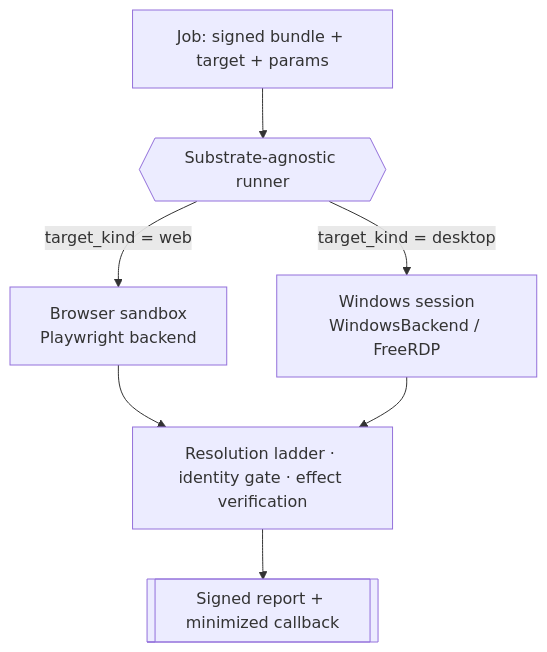
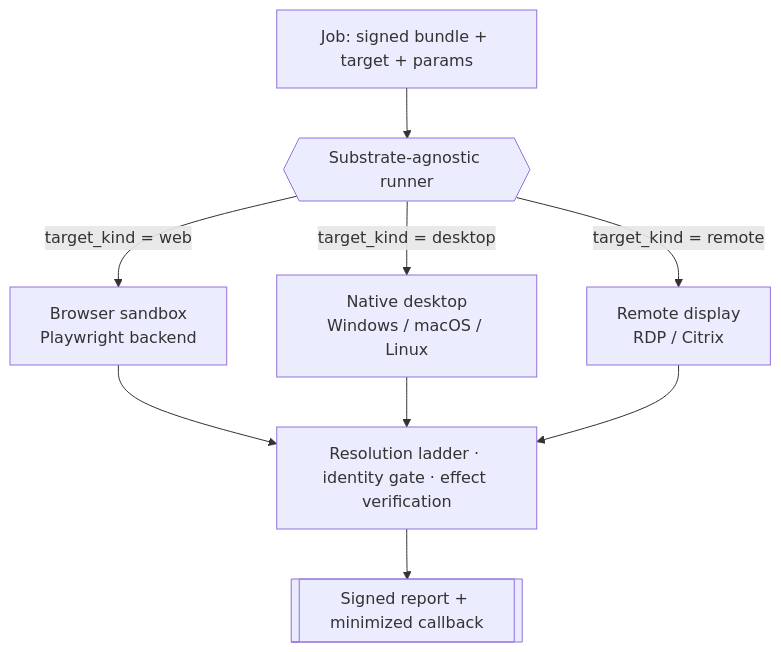
Before and after one commit to OpenAdaptAI/openadapt-ops: the diagram in docs/concepts/substrate-model.md, drawn with Mermaid. The commit also changed other lines of this file and 12 other files, not shown here.

````diff
--- a/docs/concepts/substrate-model.md
+++ b/docs/concepts/substrate-model.md
@@ -30,9 +30,11 @@
 ```mermaid
 flowchart TD
     J[Job: signed bundle + target + params] --> R{{Substrate-agnostic runner}}
     R -->|target_kind = web| W[Browser sandbox<br/>Playwright backend]
-    R -->|target_kind = desktop| D[Windows session<br/>WindowsBackend / FreeRDP]
+    R -->|target_kind = desktop| D[Native desktop<br/>Windows / macOS / Linux]
+    R -->|target_kind = remote| V[Remote display<br/>RDP / Citrix]
     W --> L[Resolution ladder · identity gate · effect verification]
     D --> L
+    V --> L
     L --> C[[Signed report + minimized callback]]
 ```
````
